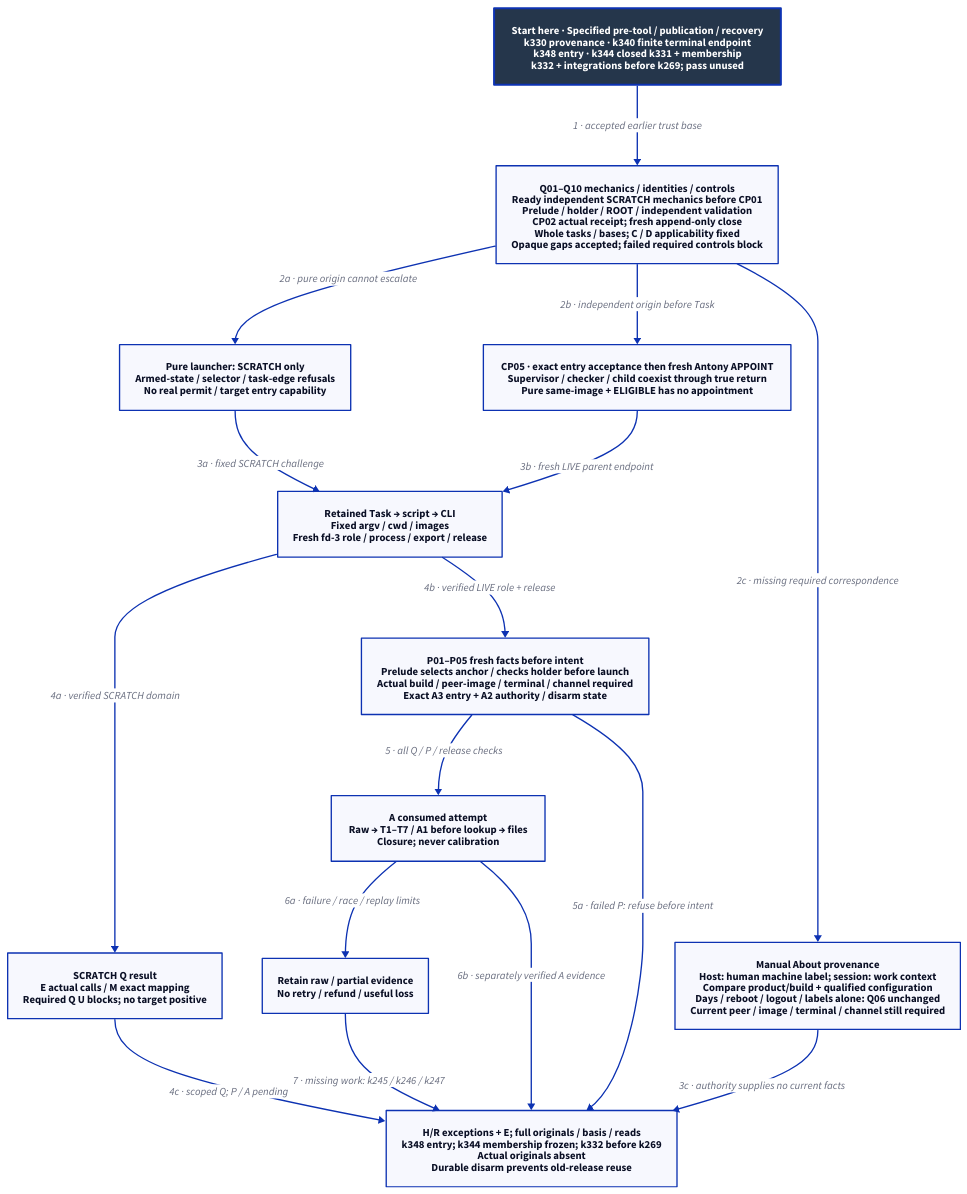
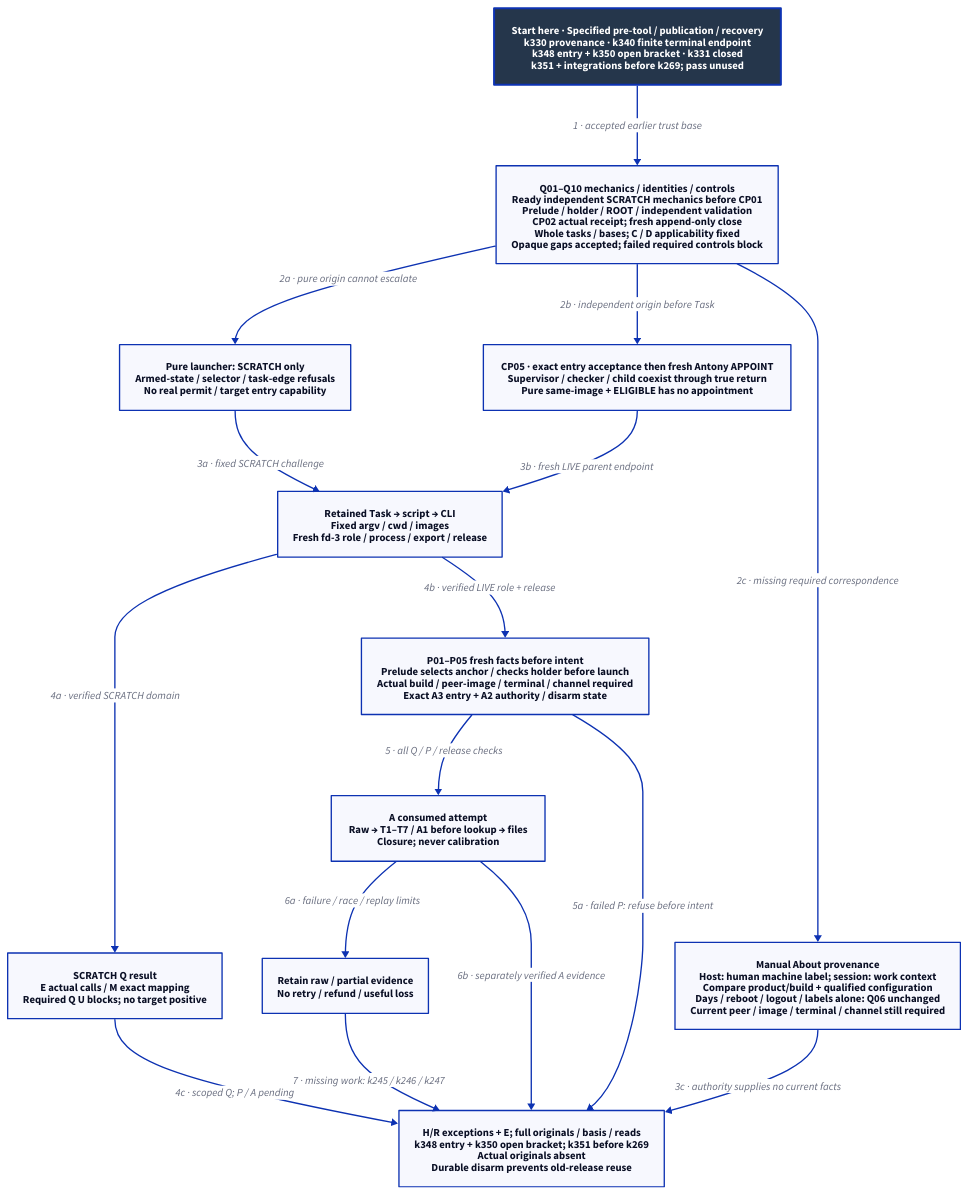
The diagram in docs/design/architecture/native-reference-packaging.d2 (Linkuistics/Koine), drawn with D2 before and after one commit. The commit also changed 30 other files, not shown here.

First line of the commit message:
Specify selection within an open inter-checkpoint bracket (reference-evidence-open-bracket-selection-k350)

```diff
--- a/docs/design/architecture/native-reference-packaging.d2
+++ b/docs/design/architecture/native-reference-packaging.d2
@@ -1,31 +1,31 @@
-# K344 closed k331 with new whole membership; k332 review and integrations precede use.
+# K350 open-bracket selection and membership; k351 review and integrations precede use.
 direction: down
 classes: {
   start: {style: {fill: "#25364B"; font-color: "#FFFFFF"; bold: true; stroke-width: 3}}
 }
-Start: "Start here · Specified pre-tool / publication / recovery\nk330 provenance · k340 finite terminal endpoint\nk348 entry · k344 closed k331 + membership\nk332 + integrations before k269; pass unused" {class: start}
+Start: "Start here · Specified pre-tool / publication / recovery\nk330 provenance · k340 finite terminal endpoint\nk348 entry + k350 open bracket · k331 closed\nk351 + integrations before k269; pass unused" {class: start}
 Ready: "Q01–Q10 mechanics / identities / controls\nReady independent SCRATCH mechanics before CP01\nPrelude / holder / ROOT / independent validation\nCP02 actual receipt; fresh append-only close\nWhole tasks / bases; C / D applicability fixed\nOpaque gaps accepted; failed required controls block"
 Task: "Retained Task → script → CLI\nFixed argv / cwd / images\nFresh fd-3 role / process / export / release"
 Scratch: "Pure launcher: SCRATCH only\nArmed-state / selector / task-edge refusals\nNo real permit / target entry capability"
 Live: "CP05 · exact entry acceptance then fresh Antony APPOINT\nSupervisor / checker / child coexist through true return\nPure same-image + ELIGIBLE has no appointment"
 Proof: "SCRATCH Q result\nE actual calls / M exact mapping\nRequired Q U blocks; no target positive"
 Preflight: "P01–P05 fresh facts before intent\nPrelude selects anchor / checks holder before launch\nActual build / peer-image / terminal / channel required\nExact A3 entry + A2 authority / disarm state"
 Attempt: "A consumed attempt\nRaw → T1–T7 / A1 before lookup → files\nClosure; never calibration"
 Failure: "Retain raw / partial evidence\nNo retry / refund / useful loss"
 Route: "Manual About provenance\nHost: human machine label; session: work context\nCompare product/build + qualified configuration\nDays / reboot / logout / labels alone: Q06 unchanged\nCurrent peer / image / terminal / channel still required"
-Final: "H/R exceptions + E; full originals / basis / reads\nk348 entry; k344 membership frozen; k332 before k269\nActual originals absent\nDurable disarm prevents old-release reuse"
+Final: "H/R exceptions + E; full originals / basis / reads\nk348 entry + k350 open bracket; k351 before k269\nActual originals absent\nDurable disarm prevents old-release reuse"
 Start -> Ready: "1 · accepted earlier trust base"
 Ready -> Scratch: "2a · pure origin cannot escalate"
 Ready -> Live: "2b · independent origin before Task"
 Scratch -> Task: "3a · fixed SCRATCH challenge"
 Live -> Task: "3b · fresh LIVE parent endpoint"
 Task -> Proof: "4a · verified SCRATCH domain"
 Proof -> Final: "4c · scoped Q; P / A pending"
 Task -> Preflight: "4b · verified LIVE role + release"
 Preflight -> Attempt: "5 · all Q / P / release checks"
 Preflight -> Final: "5a · failed P: refuse before intent"
 Ready -> Route: "2c · missing required correspondence"
 Route -> Final: "3c · authority supplies no current facts"
 Attempt -> Failure: "6a · failure / race / replay limits"
 Attempt -> Final: "6b · separately verified A evidence"
 Failure -> Final: "7 · missing work: k245 / k246 / k247"
```
